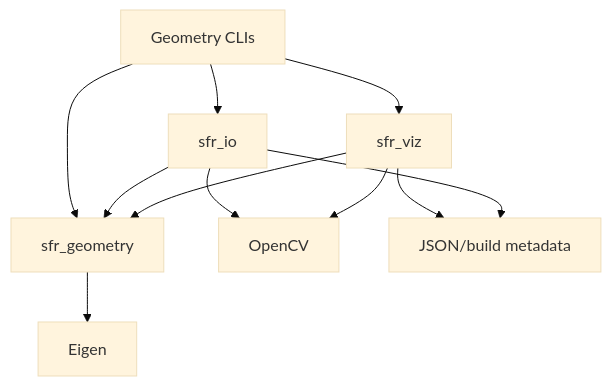
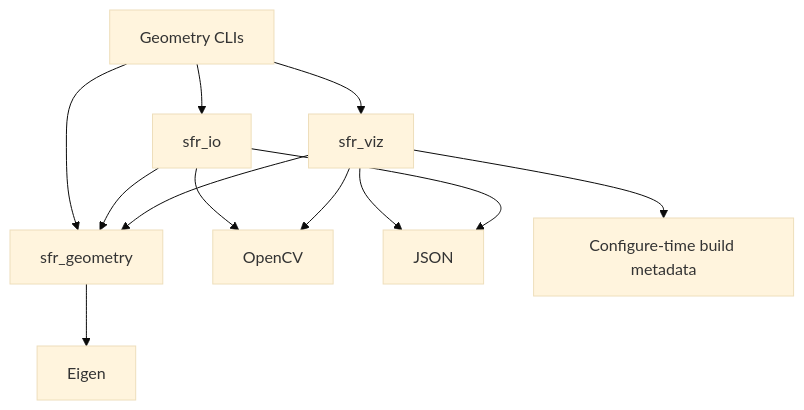
One commit to WeiHanTu/sensor-fusion-replay-cpp changed the second of 3 diagrams in docs/architecture.md. Above: the diagram before and after it, drawn with Mermaid (base theme). The commit also changed other lines of this file and 22 other files, not shown here.

````diff
--- a/docs/architecture.md
+++ b/docs/architecture.md
@@ -50,13 +50,14 @@
 ```mermaid
 flowchart TD
   A[Geometry CLIs] --> I[sfr_io]
   A --> V[sfr_viz]
   A --> G[sfr_geometry]
   I --> G
   V --> G
   G --> E[Eigen]
   I --> O[OpenCV]
   V --> O
-  V --> J[JSON/build metadata]
+  V --> J[JSON]
+  V --> B[Configure-time build metadata]
   I --> J
 ```
````
